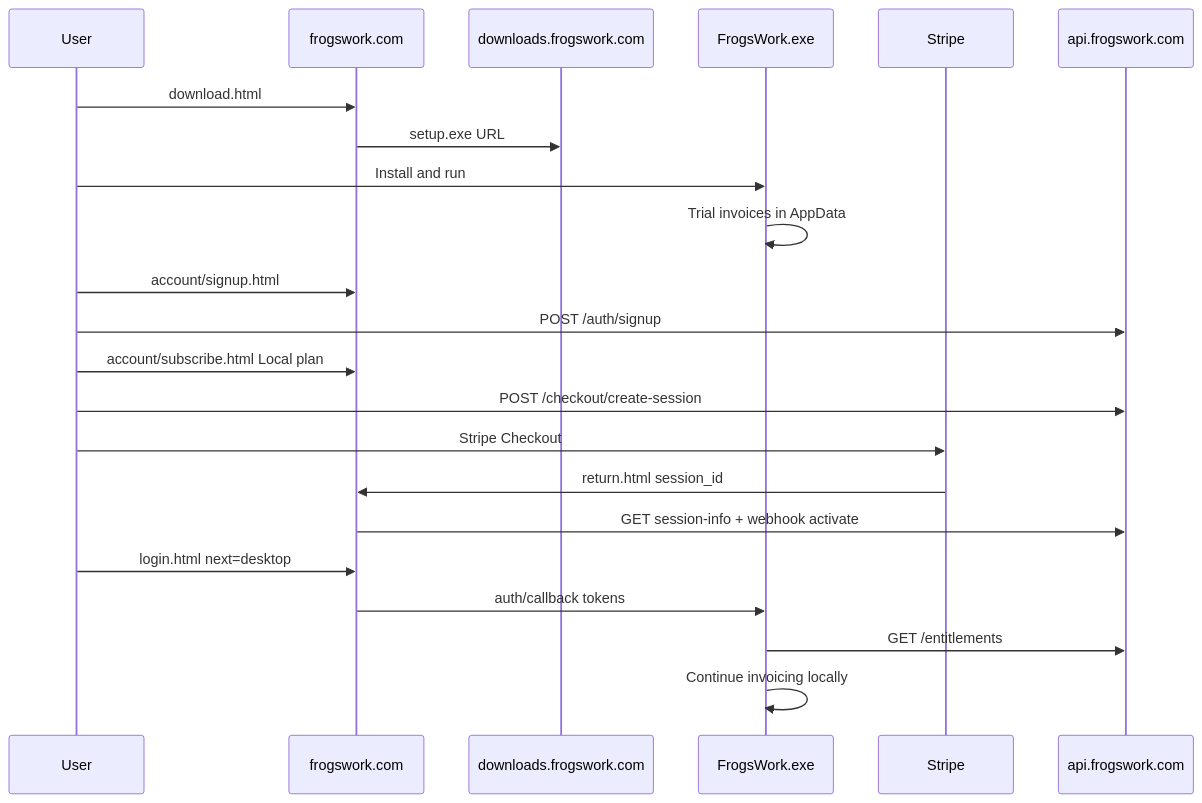
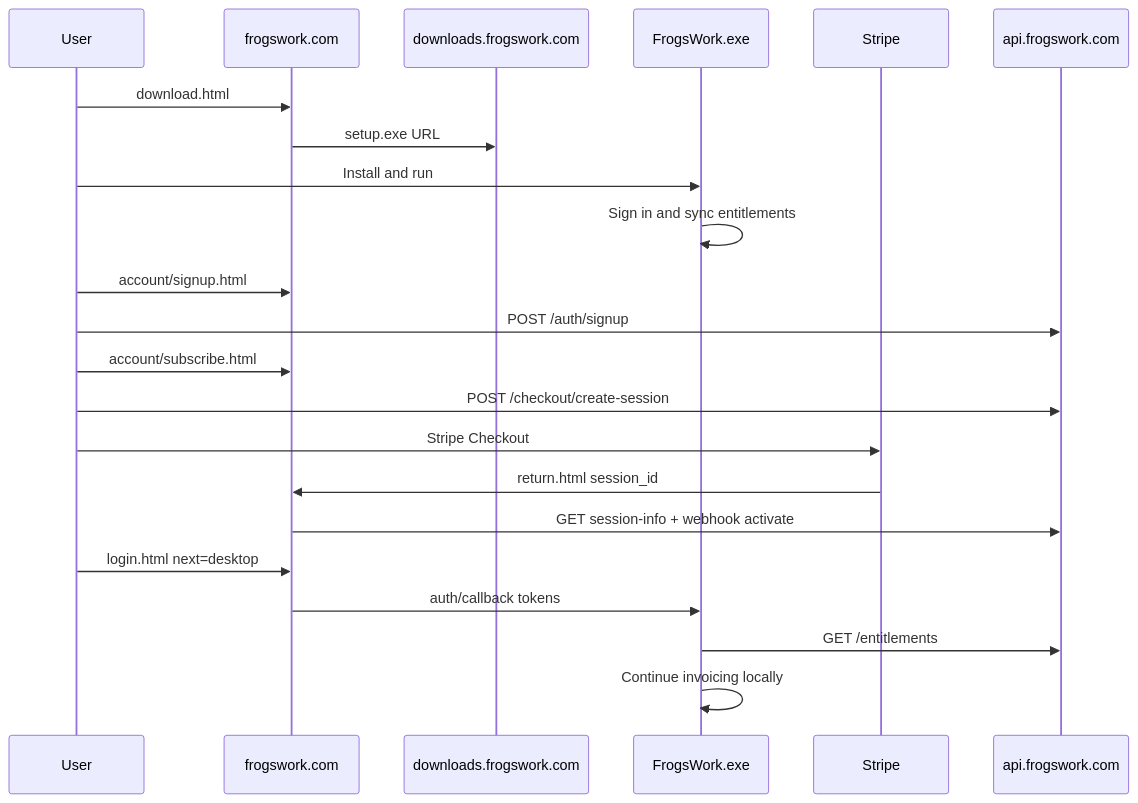
One commit to KorraOne/FrogsWorkInvoicer changed the sixth of 7 diagrams in docs/PLATFORM-ARCHITECTURE.md. Above: the diagram before and after it, drawn with Mermaid. The commit also changed other lines of this file and 23 other files, not shown here.

Commit message:
Remove in-app free trial meter; require signed-in active subscription.

````diff
--- a/docs/PLATFORM-ARCHITECTURE.md
+++ b/docs/PLATFORM-ARCHITECTURE.md
@@ -372,25 +372,25 @@
 ```mermaid
 sequenceDiagram
     participant U as User
     participant M as frogswork.com
     participant R2 as downloads.frogswork.com
     participant W as FrogsWork.exe
     participant S as Stripe
     participant A as api.frogswork.com
 
     U->>M: download.html
     M->>R2: setup.exe URL
     U->>W: Install and run
-    W->>W: Trial invoices in AppData
+    W->>W: Sign in and sync entitlements
     U->>M: account/signup.html
     U->>A: POST /auth/signup
-    U->>M: account/subscribe.html Local plan
+    U->>M: account/subscribe.html
     U->>A: POST /checkout/create-session
     U->>S: Stripe Checkout
     S->>M: return.html session_id
     M->>A: GET session-info + webhook activate
     U->>M: login.html next=desktop
     M->>W: auth/callback tokens
     W->>A: GET /entitlements
     W->>W: Continue invoicing locally
 ```
````
